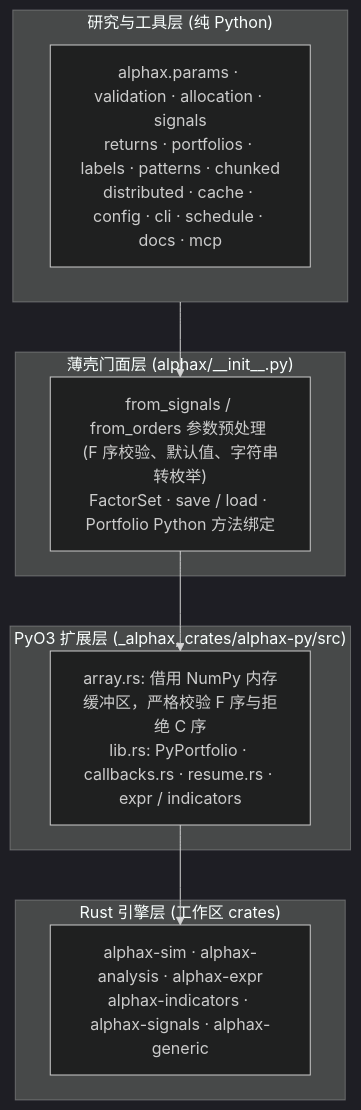
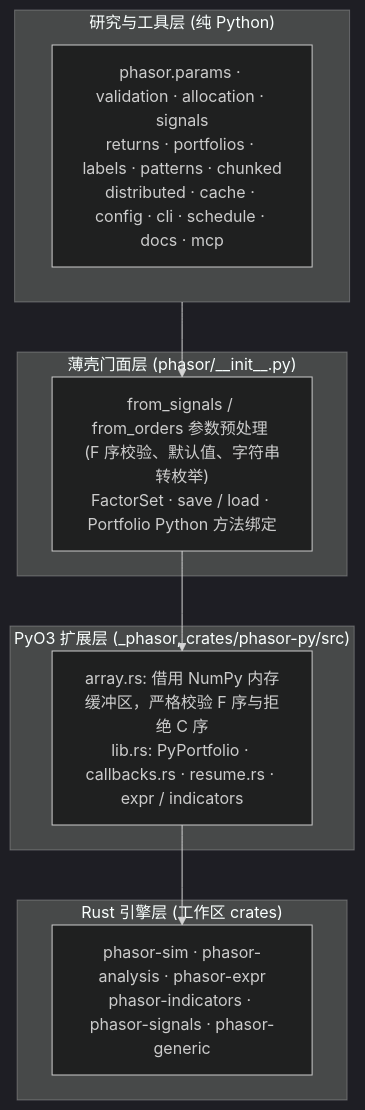
The eighth of 9 diagrams in docs/architecture.md (nivalume/alphax), drawn with Mermaid (dark theme) before and after one commit. The commit also changed other lines of this file and 37 other files, not shown here.

````diff
--- a/docs/architecture.md
+++ b/docs/architecture.md
@@ -422,22 +432,22 @@
 ```mermaid
 flowchart TD
     subgraph L3["研究与工具层 (纯 Python)"]
-        PyTools["alphax.params · validation · allocation · signals<br/>returns · portfolios · labels · patterns · chunked<br/>distributed · cache · config · cli · schedule · docs · mcp"]
+        PyTools["phasor.params · validation · allocation · signals<br/>returns · portfolios · labels · patterns · chunked<br/>distributed · cache · config · cli · schedule · docs · mcp"]
     end
 
-    subgraph L2["薄壳门面层 (alphax/__init__.py)"]
+    subgraph L2["薄壳门面层 (phasor/__init__.py)"]
         Facade["from_signals / from_orders 参数预处理 (F 序校验、默认值、字符串转枚举)<br/>FactorSet · save / load · Portfolio Python 方法绑定"]
     end
 
-    subgraph L1["PyO3 扩展层 (_alphax, crates/alphax-py/src)"]
+    subgraph L1["PyO3 扩展层 (_phasor, crates/phasor-py/src)"]
         Ext["array.rs: 借用 NumPy 内存缓冲区，严格校验 F 序与拒绝 C 序<br/>lib.rs: PyPortfolio · callbacks.rs · resume.rs · expr / indicators"]
     end
 
     subgraph L0["Rust 引擎层 (工作区 crates)"]
-        RustCrates["alphax-sim · alphax-analysis · alphax-expr<br/>alphax-indicators · alphax-signals · alphax-generic"]
+        RustCrates["phasor-sim · phasor-analysis · phasor-expr<br/>phasor-indicators · phasor-signals · phasor-generic"]
     end
 
     L3 --> Facade
     Facade --> Ext
     Ext --> RustCrates
 ```
````
